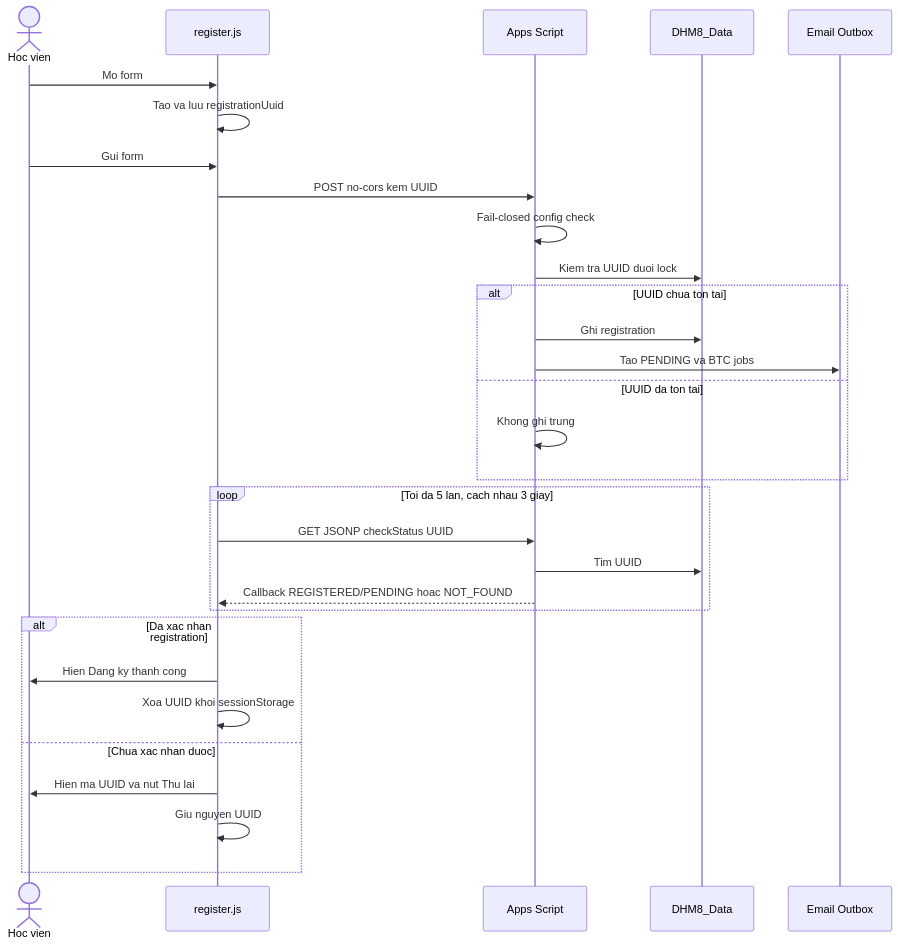
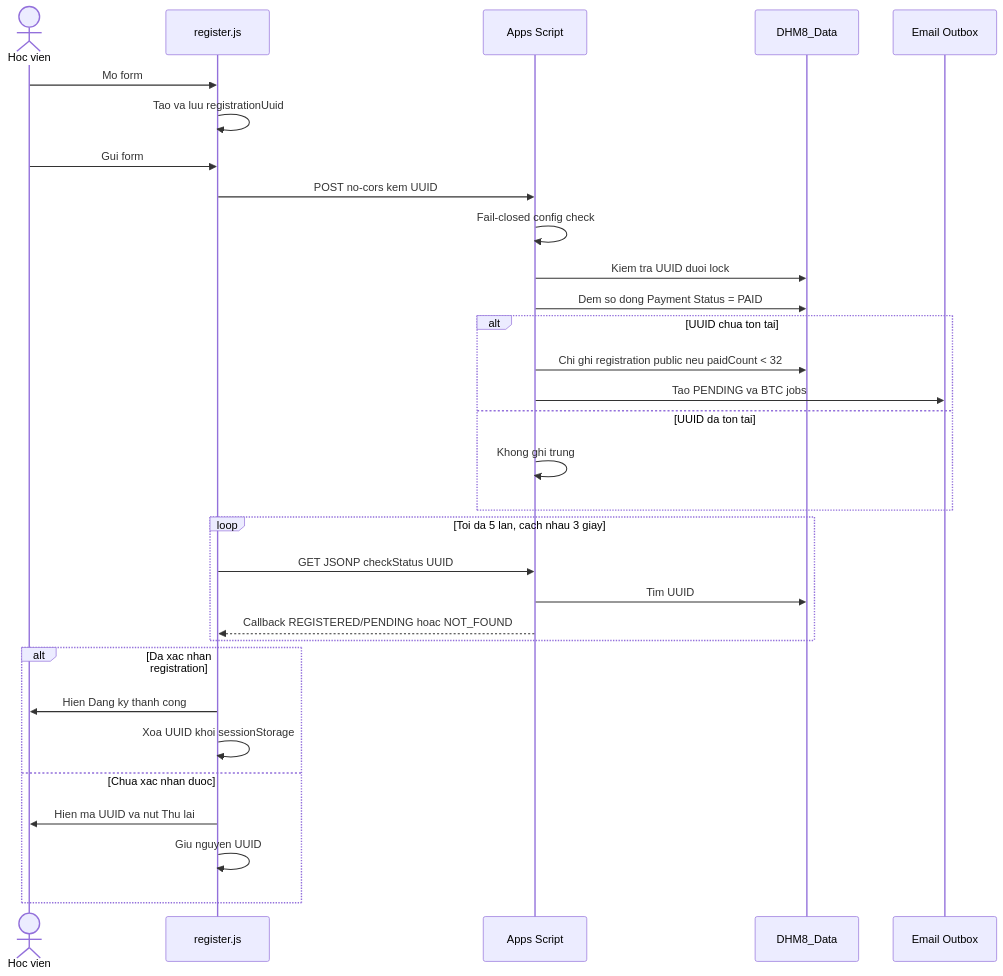
One commit to culturecodefeedforward/DeliveringHappiness changed the second of 5 diagrams in docs/DHM8_REGISTRATION_PAYMENT_WORKFLOW.md. Above: the diagram before and after it, drawn with Mermaid. The commit also changed other lines of this file and 86 other files, not shown here.

````diff
--- a/docs/DHM8_REGISTRATION_PAYMENT_WORKFLOW.md
+++ b/docs/DHM8_REGISTRATION_PAYMENT_WORKFLOW.md
@@ -69,37 +69,38 @@
 ```mermaid
 sequenceDiagram
     actor HV as Hoc vien
     participant FE as register.js
     participant GAS as Apps Script
     participant DATA as DHM8_Data
     participant OUT as Email Outbox
 
     HV->>FE: Mo form
     FE->>FE: Tao va luu registrationUuid
     HV->>FE: Gui form
     FE->>GAS: POST no-cors kem UUID
 
     GAS->>GAS: Fail-closed config check
     GAS->>DATA: Kiem tra UUID duoi lock
+    GAS->>DATA: Dem so dong Payment Status = PAID
 
     alt UUID chua ton tai
-        GAS->>DATA: Ghi registration
+        GAS->>DATA: Chi ghi registration public neu paidCount < 32
         GAS->>OUT: Tao PENDING va BTC jobs
     else UUID da ton tai
         GAS->>GAS: Khong ghi trung
     end
 
     loop Toi da 5 lan, cach nhau 3 giay
         FE->>GAS: GET JSONP checkStatus UUID
         GAS->>DATA: Tim UUID
         GAS-->>FE: Callback REGISTERED/PENDING hoac NOT_FOUND
     end
 
     alt Da xac nhan registration
         FE->>HV: Hien Dang ky thanh cong
         FE->>FE: Xoa UUID khoi sessionStorage
     else Chua xac nhan duoc
         FE->>HV: Hien ma UUID va nut Thu lai
         FE->>FE: Giu nguyen UUID
     end
 ```
````
